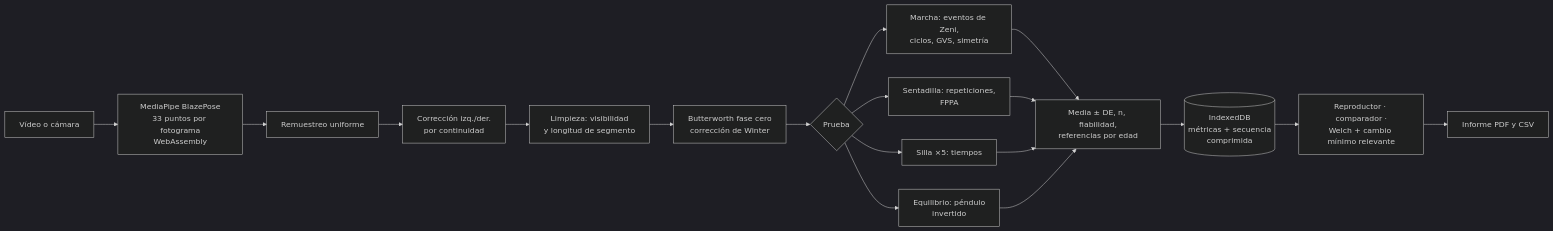
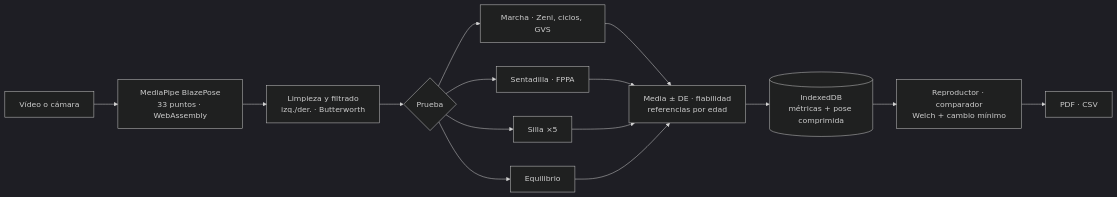
The diagram in README.md (diegotraski/motionclin), drawn with Mermaid (dark theme) before and after one commit. The commit also changed other lines of this file and 38 other files, not shown here.

````diff
--- a/README.md
+++ b/README.md
@@ -124,17 +106,14 @@
 ```mermaid
 flowchart LR
-  V[Vídeo o cámara] --> P[MediaPipe BlazePose<br/>33 puntos por fotograma<br/>WebAssembly]
-  P --> R[Remuestreo uniforme]
-  R --> S[Corrección izq./der.<br/>por continuidad]
-  S --> C[Limpieza: visibilidad<br/>y longitud de segmento]
-  C --> F[Butterworth fase cero<br/>corrección de Winter]
-  F --> E{Prueba}
-  E --> G[Marcha: eventos de Zeni,<br/>ciclos, GVS, simetría]
-  E --> Q[Sentadilla: repeticiones,<br/>FPPA]
-  E --> T[Silla ×5: tiempos]
-  E --> B[Equilibrio: péndulo<br/>invertido]
-  G & Q & T & B --> M[Media ± DE, n, fiabilidad,<br/>referencias por edad]
-  M --> DB[(IndexedDB<br/>métricas + secuencia<br/>comprimida)]
-  DB --> UI[Reproductor · comparador ·<br/>Welch + cambio mínimo relevante]
-  UI --> PDF[Informe PDF y CSV]
+  V[Vídeo o cámara] --> P[MediaPipe BlazePose<br/>33 puntos · WebAssembly]
+  P --> L[Limpieza y filtrado<br/>izq./der. · Butterworth]
+  L --> E{Prueba}
+  E --> G[Marcha · Zeni, ciclos, GVS]
+  E --> Q[Sentadilla · FPPA]
+  E --> T[Silla ×5]
+  E --> B[Equilibrio]
+  G & Q & T & B --> M[Media ± DE · fiabilidad<br/>referencias por edad]
+  M --> DB[(IndexedDB<br/>métricas + pose comprimida)]
+  DB --> UI[Reproductor · comparador<br/>Welch + cambio mínimo]
+  UI --> PDF[PDF · CSV]
 ```
````
